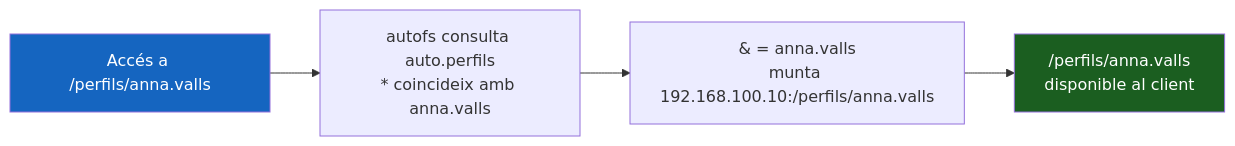
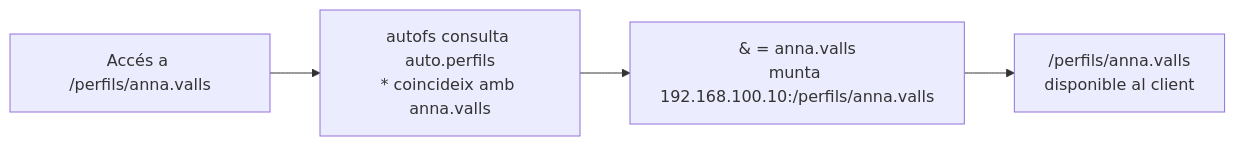
The diagram in docs/ut2/bloc8-perfils-mobils/41-auto-home-wildcard.md (xtartera/TartyDocs), drawn with Mermaid before and after one commit. The commit also changed other lines of this file and 15 other files, not shown here.

First line of the commit message:
ut2: elimina style directives dels diagrames mermaid (18 fitxers)

````diff
--- a/docs/ut2/bloc8-perfils-mobils/41-auto-home-wildcard.md
+++ b/docs/ut2/bloc8-perfils-mobils/41-auto-home-wildcard.md
@@ -45,9 +45,7 @@
     ```mermaid
     flowchart LR
         A["Accés a /perfils/anna.valls"] --> B["autofs consulta auto.perfils\n* coincideix amb anna.valls"]
         B --> C["& = anna.valls\nmunta 192.168.100.10:/perfils/anna.valls"]
         C --> D["/perfils/anna.valls\ndisponible al client"]
 
-        style A fill:#1565C0,color:#fff
-        style D fill:#1B5E20,color:#fff
     ```
````
